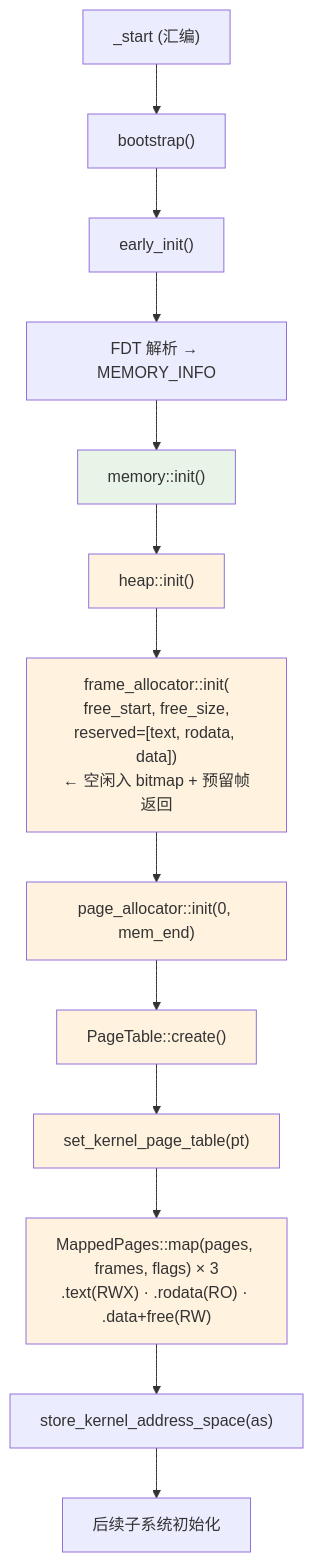
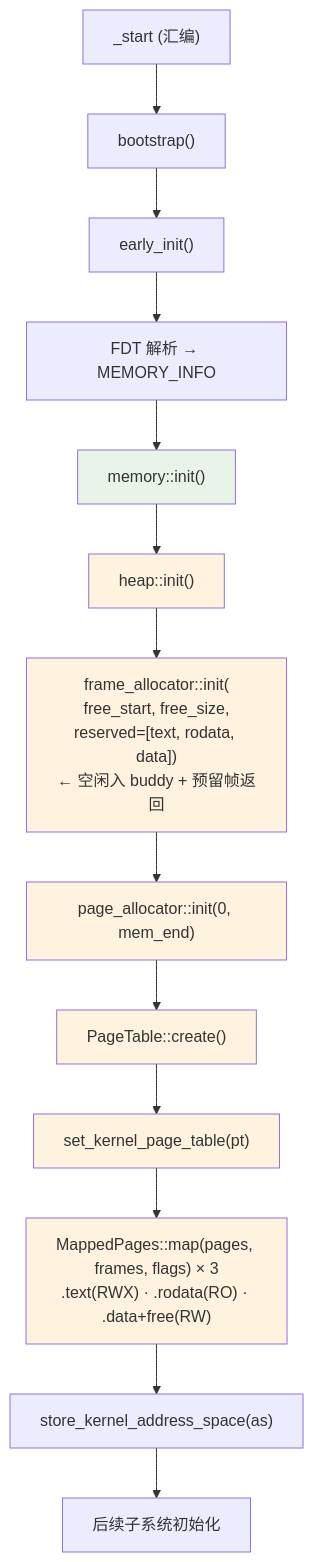
The tenth of 10 diagrams in docs/design/memory-subsystem.md (MRNIU/SimpleKernel), drawn with Mermaid before and after one commit. The commit also changed other lines of this file and 10 other files, not shown here.

First line of the commit message:
refactor(frame_allocator): 替换 BitmapAllocator 为 buddy_system_allocator

````diff
--- a/docs/design/memory-subsystem.md
+++ b/docs/design/memory-subsystem.md
@@ -608,23 +608,23 @@
 ```mermaid
 flowchart TD
     A["_start (汇编)"] --> B["bootstrap()"]
     B --> C["early_init()"]
     C --> C1["FDT 解析 → MEMORY_INFO"]
     C1 --> D["memory::init()"]
     D --> D1["heap::init()"]
-    D1 --> D2["frame_allocator::init(<br/>free_start, free_size,<br/>reserved=[text, rodata, data])<br/>← 空闲入 bitmap + 预留帧返回"]
+    D1 --> D2["frame_allocator::init(<br/>free_start, free_size,<br/>reserved=[text, rodata, data])<br/>← 空闲入 buddy + 预留帧返回"]
     D2 --> D3["page_allocator::init(0, mem_end)"]
     D3 --> D4["PageTable::create()"]
     D4 --> D5["set_kernel_page_table(pt)"]
     D5 --> D6["MappedPages::map(pages, frames, flags) × 3<br/>.text(RWX) · .rodata(RO) · .data+free(RW)"]
     D6 --> D7["store_kernel_address_space(as)"]
     D7 --> E["后续子系统初始化"]
 
     style D fill:#e8f4e8
     style D1 fill:#fff3e0
     style D2 fill:#fff3e0
     style D3 fill:#fff3e0
     style D4 fill:#fff3e0
     style D5 fill:#fff3e0
     style D6 fill:#fff3e0
 ```
````
